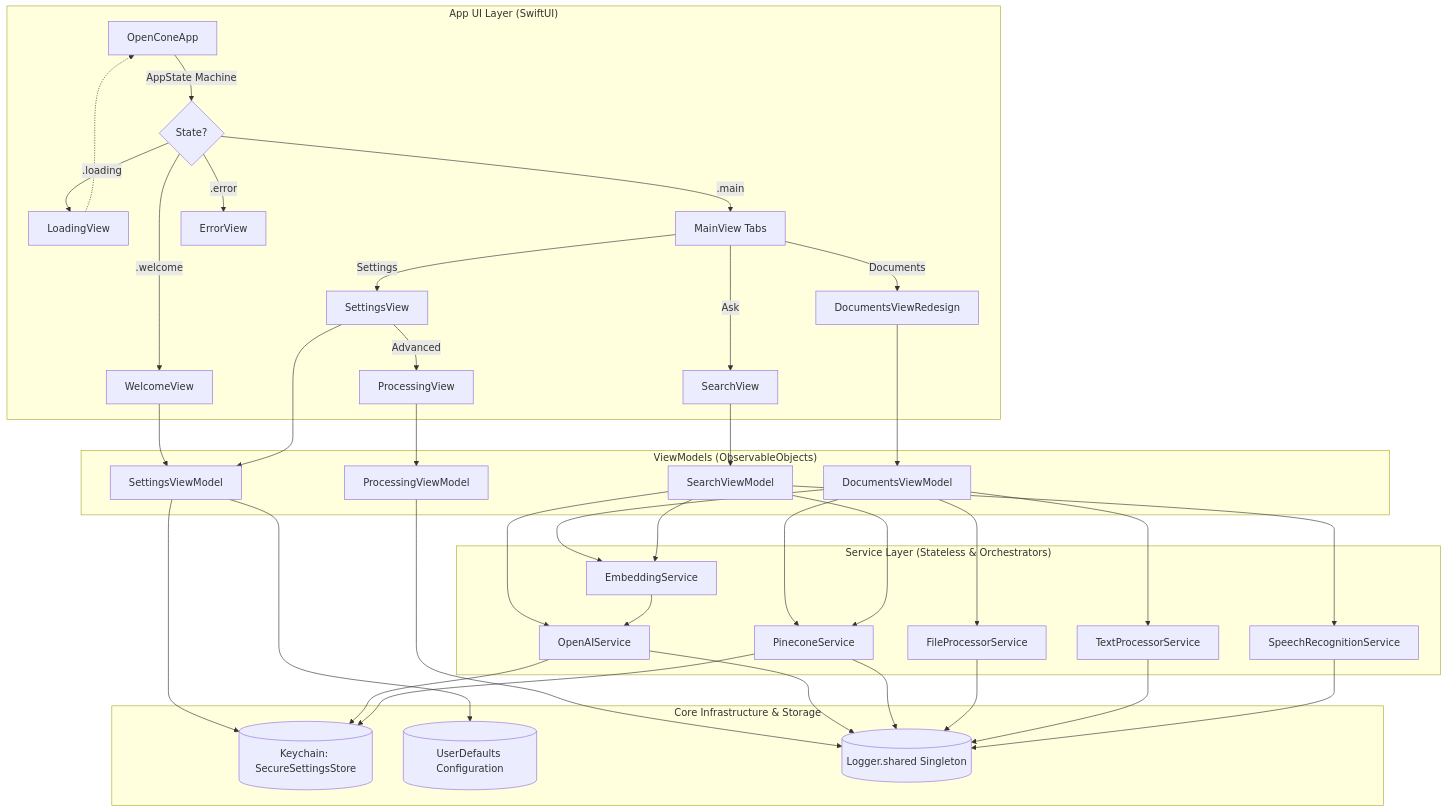
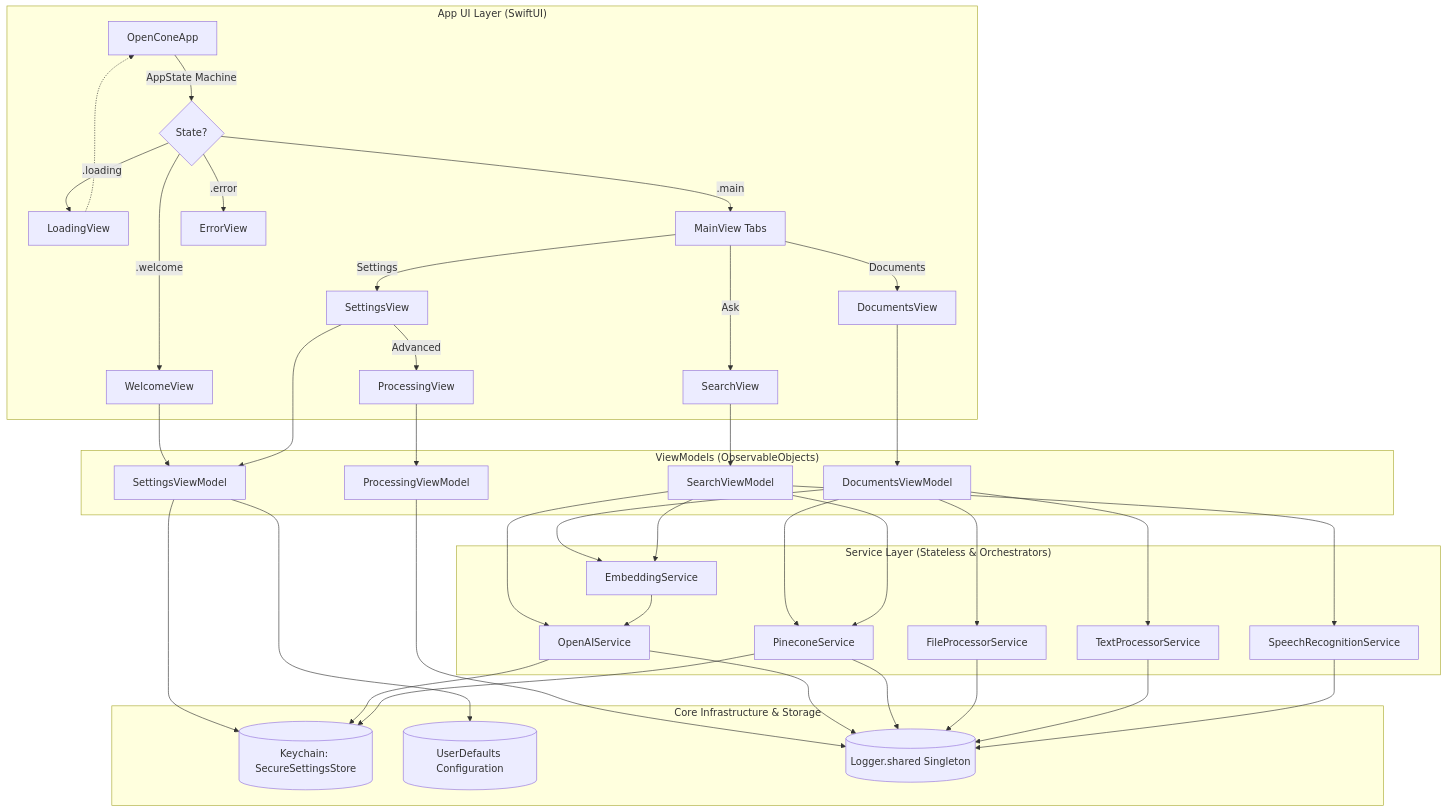
Before and after one commit to Gunnarguy/OpenCone: the diagram in ARCHITECTURE.md, drawn with Mermaid. The commit also changed other lines of this file and 7 other files, not shown here.

````diff
--- a/ARCHITECTURE.md
+++ b/ARCHITECTURE.md
@@ -22,57 +22,57 @@
 ```mermaid
 flowchart TD
     subgraph UI["App UI Layer (SwiftUI)"]
         APP[OpenConeApp] -->|AppState Machine| AS{State?}
         AS -->|.loading| LV[LoadingView]
         AS -->|.welcome| WV[WelcomeView]
         AS -->|.main| MV[MainView Tabs]
         AS -->|.error| EV[ErrorView]
 
         MV -->|Ask| SV[SearchView]
-        MV -->|Documents| DV[DocumentsViewRedesign]
+        MV -->|Documents| DV[DocumentsView]
         MV -->|Settings| SetV[SettingsView]
         SetV -->|Advanced| PV[ProcessingView]
     end
 
     subgraph MVVM["ViewModels (ObservableObjects)"]
         SVM[SearchViewModel]
         DVM[DocumentsViewModel]
         PVM[ProcessingViewModel]
         SetVM[SettingsViewModel]
     end
 
     subgraph ServiceLayer["Service Layer (Stateless & Orchestrators)"]
         FPS[FileProcessorService]
         TPS[TextProcessorService]
         EMS[EmbeddingService]
         OAS[OpenAIService]
         PCS[PineconeService]
         SRS[SpeechRecognitionService]
     end
 
     subgraph Infrastructure["Core Infrastructure & Storage"]
         SEC[(Keychain: SecureSettingsStore)]
         UD[(UserDefaults Configuration)]
         LOG[(Logger.shared Singleton)]
     end
 
     %% Wiring
     LV -.-> APP
     WV --> SetVM
     DV --> DVM
     SV --> SVM
     PV --> PVM
     SetV --> SetVM
 
     DVM --> FPS & TPS & EMS & PCS
     SVM --> EMS & PCS & OAS & SRS
     SetVM --> SEC & UD
     PVM --> LOG
 
     EMS --> OAS
     OAS --> SEC & LOG
     PCS --> SEC & LOG
     FPS --> LOG
     TPS --> LOG
     SRS --> LOG
 ```
````
